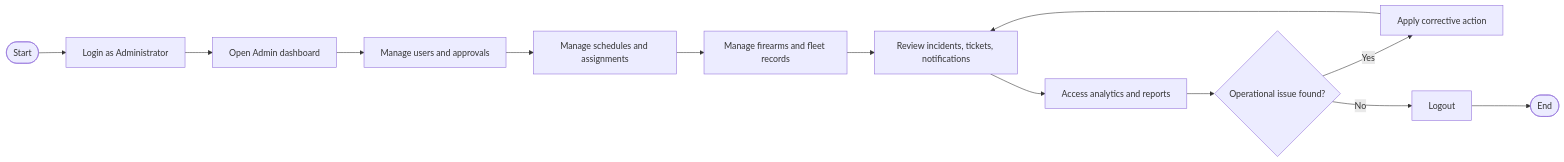
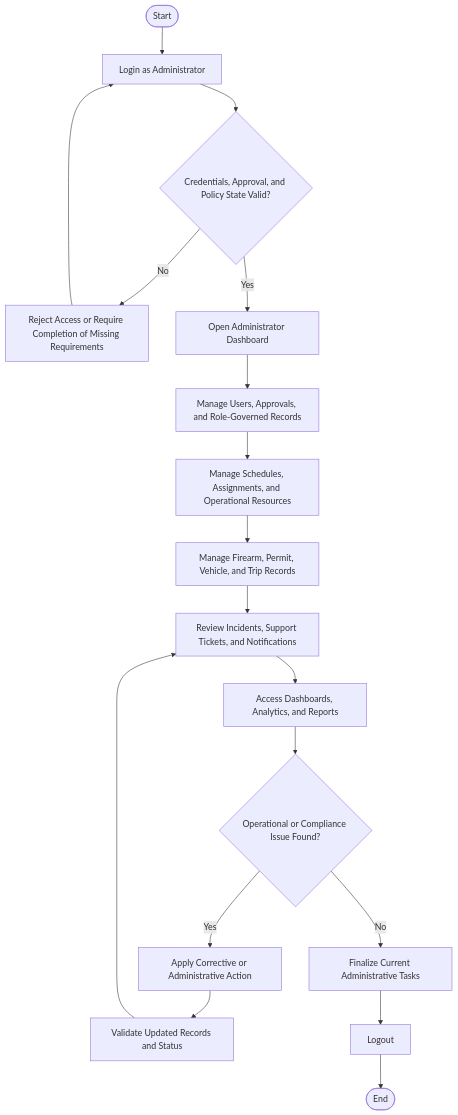
One commit to dwaytu/Capstone-Main changed the fifth of 6 diagrams in SENTINEL - Group 8.md. Above: the diagram before and after it, drawn with Mermaid. The commit also changed other lines of this file, not shown here.

````diff
--- a/SENTINEL - Group 8.md
+++ b/SENTINEL - Group 8.md
@@ -1446,15 +1458,20 @@
 ```mermaid
-flowchart LR
+flowchart TD
 	A([Start]) --> B[Login as Administrator]
-	B --> C[Open Admin dashboard]
-	C --> D[Manage users and approvals]
-	D --> E[Manage schedules and assignments]
-	E --> F[Manage firearms and fleet records]
-	F --> G[Review incidents, tickets, notifications]
-	G --> H[Access analytics and reports]
-	H --> I{Operational issue found?}
-	I -- Yes --> J[Apply corrective action]
-	J --> G
-	I -- No --> K[Logout]
-	K --> L([End])
+	B --> C{Credentials, Approval, and Policy State Valid?}
+	C -- No --> D[Reject Access or Require Completion of Missing Requirements]
+	D --> B
+	C -- Yes --> E[Open Administrator Dashboard]
+	E --> F[Manage Users, Approvals, and Role-Governed Records]
+	F --> G[Manage Schedules, Assignments, and Operational Resources]
+	G --> H[Manage Firearm, Permit, Vehicle, and Trip Records]
+	H --> I[Review Incidents, Support Tickets, and Notifications]
+	I --> J[Access Dashboards, Analytics, and Reports]
+	J --> K{Operational or Compliance Issue Found?}
+	K -- Yes --> L[Apply Corrective or Administrative Action]
+	L --> M[Validate Updated Records and Status]
+	M --> I
+	K -- No --> N[Finalize Current Administrative Tasks]
+	N --> O[Logout]
+	O --> P([End])
 ```
````
